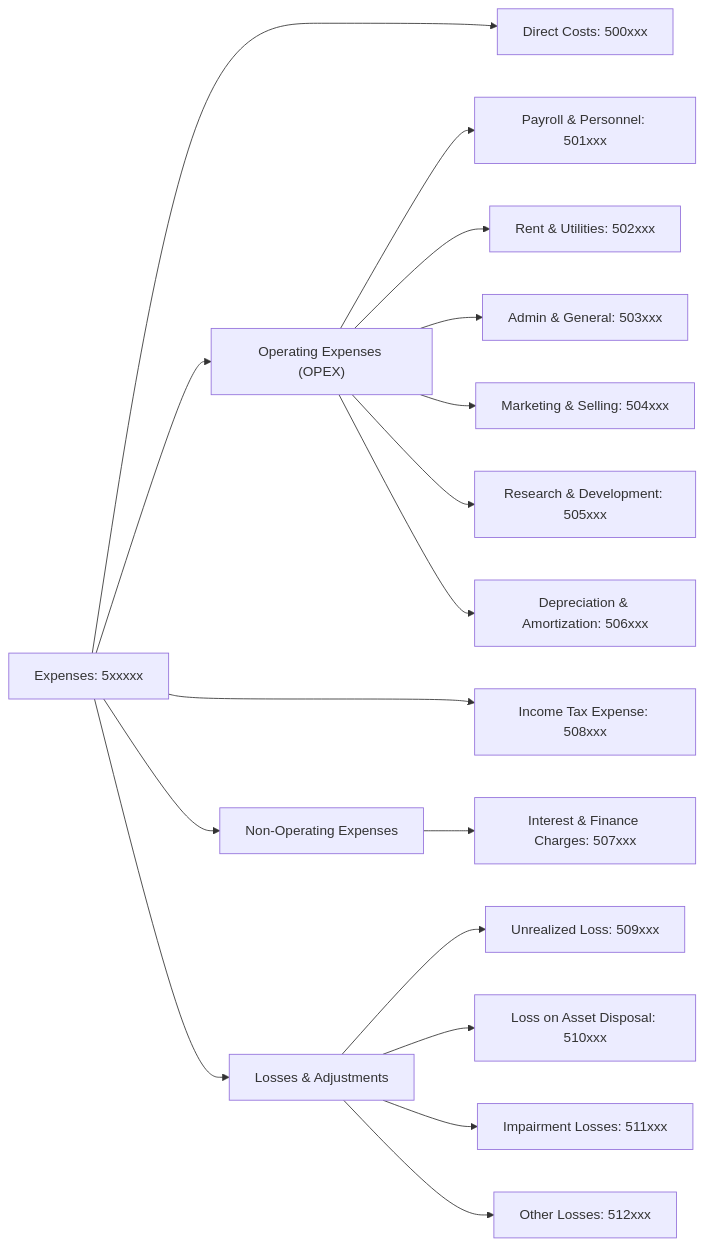
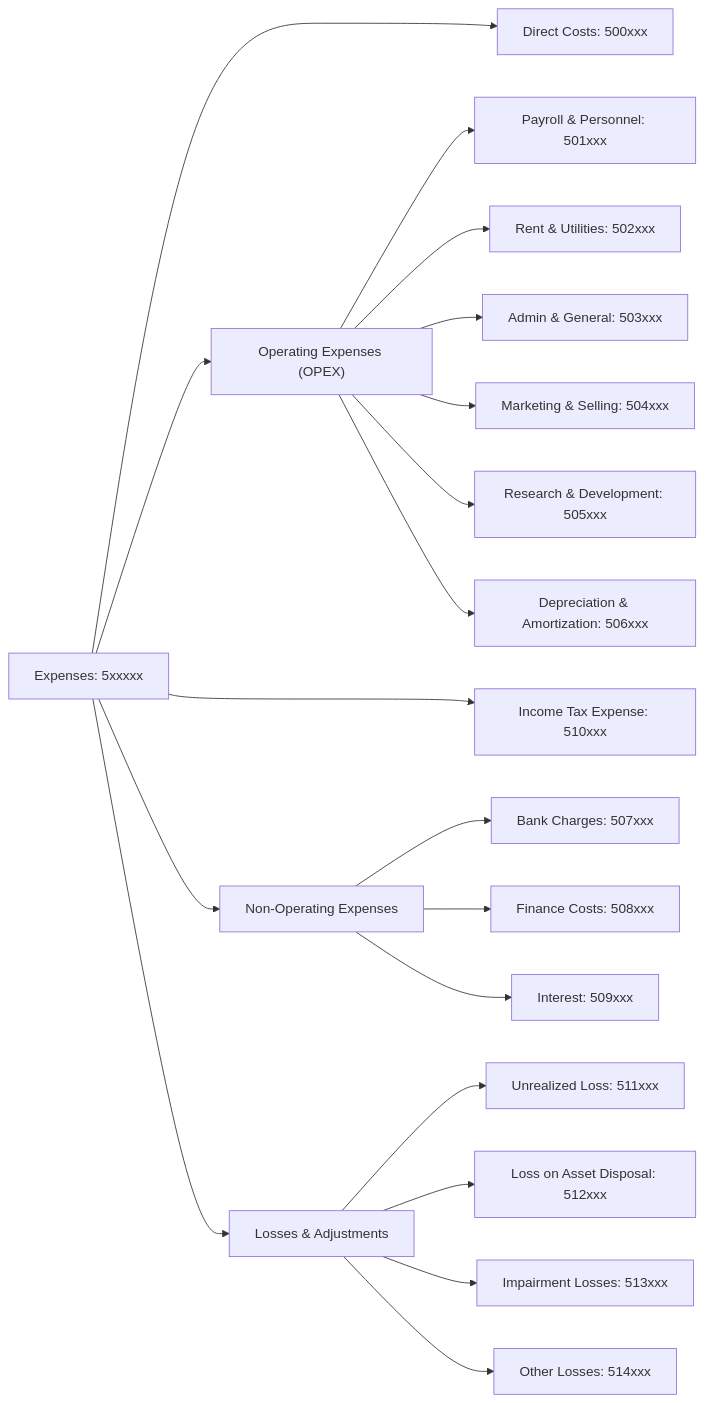
The diagram in src/domain/bookkeeping/__docs__/assets/5-coa-expenses.mermaid (oosahon/drimsheet-core), drawn with Mermaid before and after one commit. The commit also changed 476 other files, not shown here.

```diff
--- a/src/domain/bookkeeping/__docs__/assets/5-coa-expenses.mermaid
+++ b/src/domain/bookkeeping/__docs__/assets/5-coa-expenses.mermaid
@@ -1,27 +1,29 @@
 flowchart LR
     Expenses["Expenses: 5xxxxx"]
     Expenses --> DirectCosts & OperatingExpenses & NonOperatingExpenses & TaxExpense & Losses
 
     DirectCosts["Direct Costs: 500xxx"]
     
     OperatingExpenses["Operating Expenses (OPEX)"]
         OperatingExpenses --> PayrollAndPersonnel["Payroll & Personnel: 501xxx"]
         OperatingExpenses --> RentUtilities["Rent & Utilities: 502xxx"]
         OperatingExpenses --> AdminGeneral["Admin & General: 503xxx"]
         OperatingExpenses --> MarketingSelling["Marketing & Selling: 504xxx"]
         OperatingExpenses --> ResearchDevelopment["Research & Development: 505xxx"]
         OperatingExpenses --> Depreciation["Depreciation & Amortization: 506xxx"]
             
     NonOperatingExpenses["Non-Operating Expenses"]
-        NonOperatingExpenses --> FinanceCosts["Interest & Finance Charges: 507xxx"]
+        NonOperatingExpenses --> BankCharges["Bank Charges: 507xxx"]
+        NonOperatingExpenses --> FinanceCosts["Finance Costs: 508xxx"]
+        NonOperatingExpenses --> Interest["Interest: 509xxx"]
 
-    TaxExpense["Income Tax Expense: 508xxx"]
+    TaxExpense["Income Tax Expense: 510xxx"]
 
     Losses["Losses & Adjustments"]
-        Losses --> UnrealizedLoss["Unrealized Loss: 509xxx"]
-        Losses --> AssetDisposal["Loss on Asset Disposal: 510xxx"]
-        Losses --> ImpairmentLoss["Impairment Losses: 511xxx"]
-        Losses --> OtherLosses["Other Losses: 512xxx"]
+        Losses --> UnrealizedLoss["Unrealized Loss: 511xxx"]
+        Losses --> AssetDisposal["Loss on Asset Disposal: 512xxx"]
+        Losses --> ImpairmentLoss["Impairment Losses: 513xxx"]
+        Losses --> OtherLosses["Other Losses: 514xxx"]
 
      %% For positioning
     OperatingExpenses ~~~ DirectCosts & TaxExpense
```
